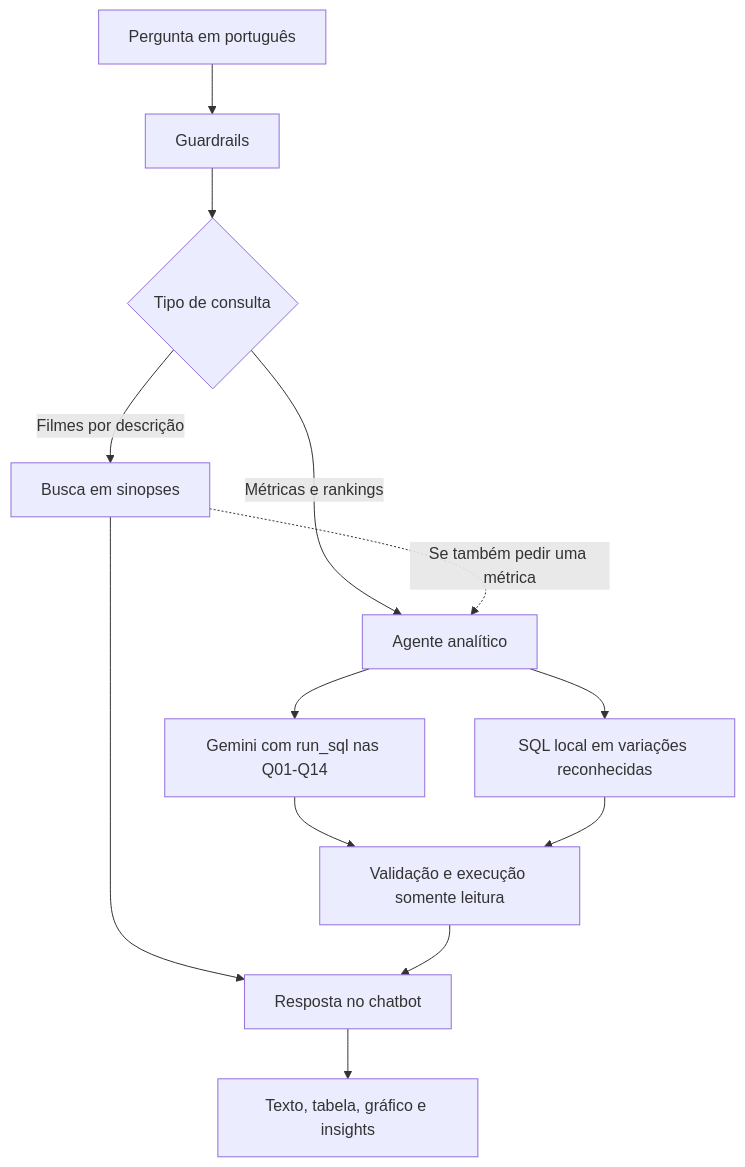
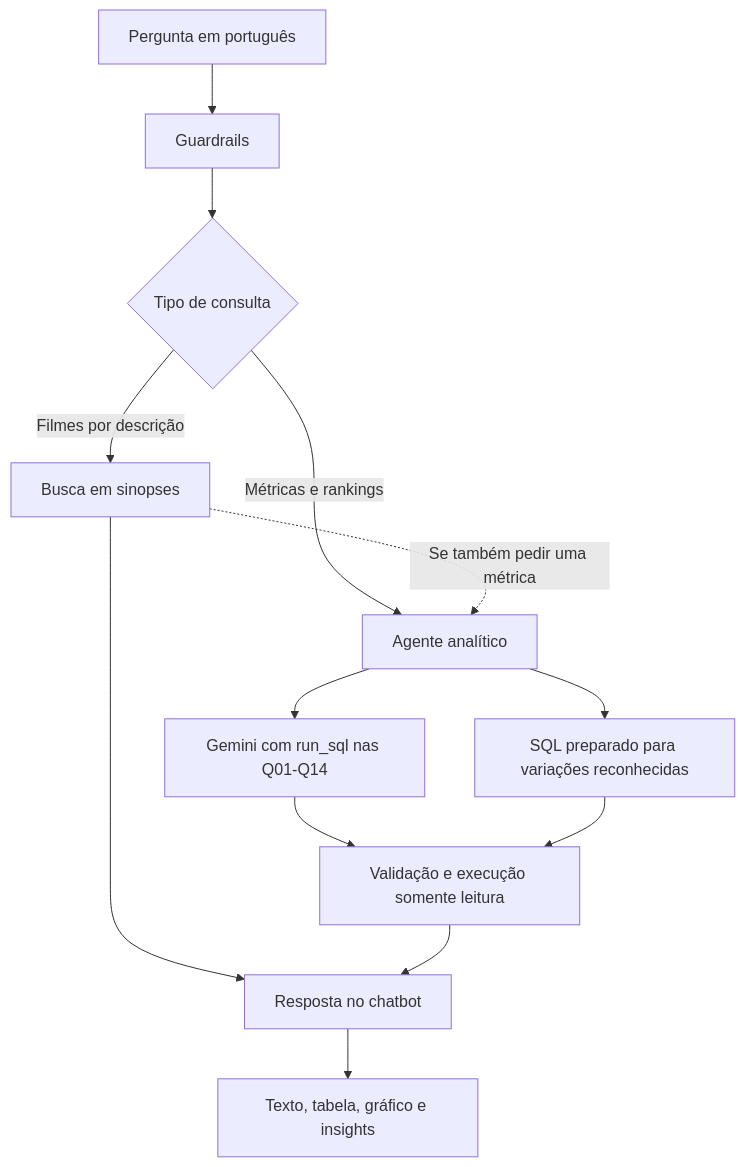
Before and after one commit to GuilhermeRangel1/CineData-GenAi: the first of 2 diagrams in README.md, drawn with Mermaid. The commit also changed other lines of this file and 1 other file, not shown here.

Commit message:
docs(genai): esclarece rota SQL preparada

````diff
--- a/README.md
+++ b/README.md
@@ -41,15 +41,15 @@
 ```mermaid
 flowchart TB
     Q[Pergunta em português] --> G[Guardrails]
     G --> R{Tipo de consulta}
     R -->|Filmes por descrição| S[Busca em sinopses]
     R -->|Métricas e rankings| A[Agente analítico]
     S -.->|Se também pedir uma métrica| A
     A --> M[Gemini com run_sql nas Q01-Q14]
-    A --> P[SQL local em variações reconhecidas]
+    A --> P[SQL preparado para variações reconhecidas]
     M --> V[Validação e execução somente leitura]
     P --> V
     S --> F[Resposta no chatbot]
     V --> F
     F --> O[Texto, tabela, gráfico e insights]
 ```
````
